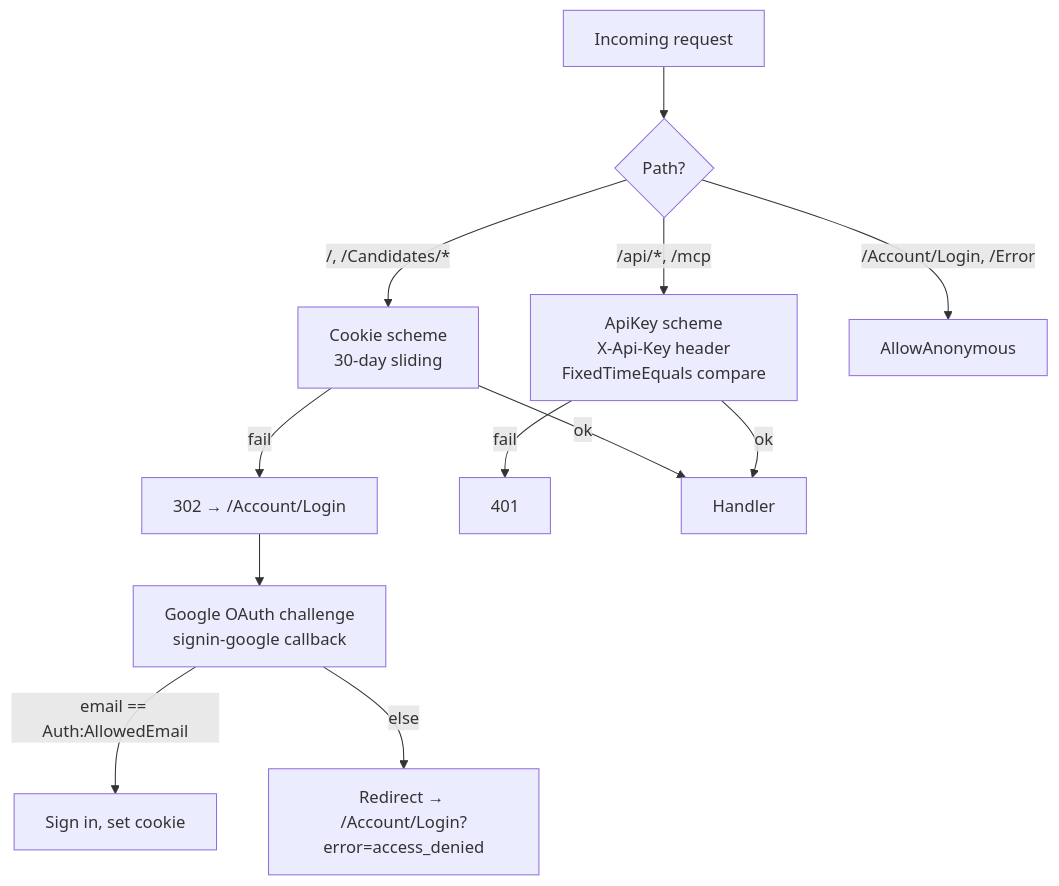
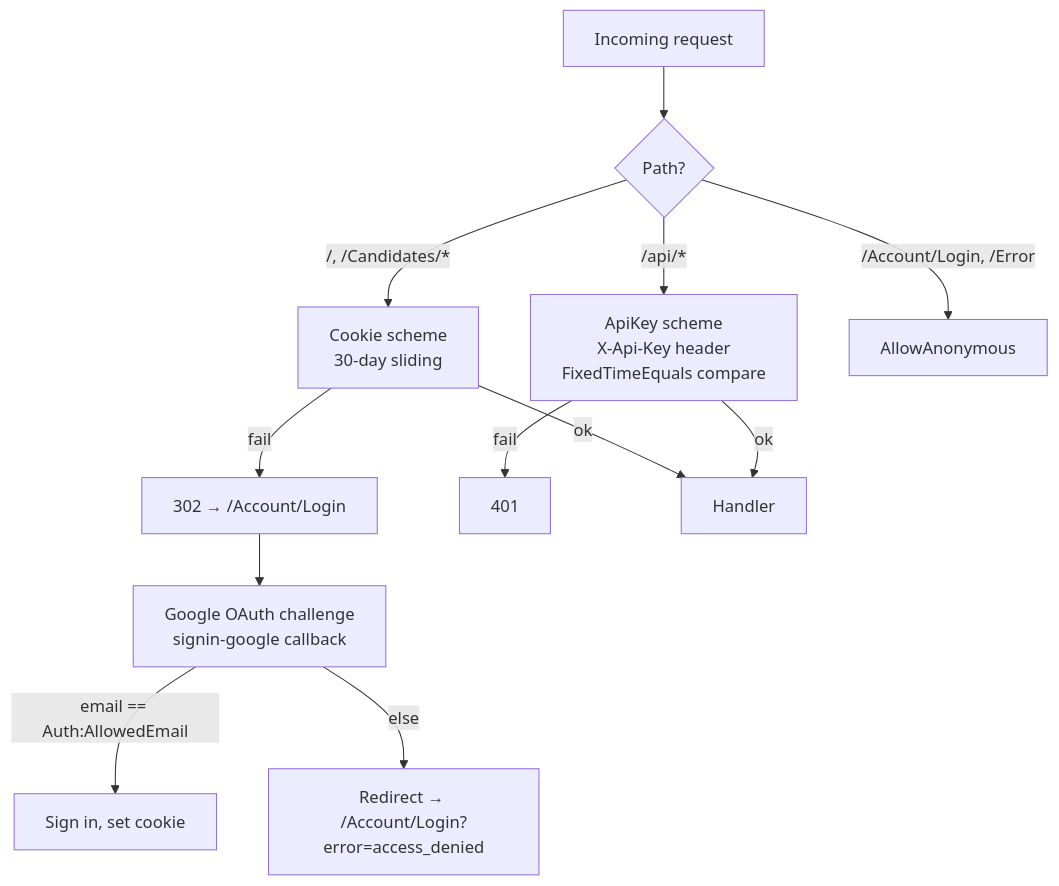
One commit to Darkamui/StonkWatch changed the third of 7 diagrams in docs/architecture.md. Above: the diagram before and after it, drawn with Mermaid. The commit also changed other lines of this file and 30 other files, not shown here.

````diff
--- a/docs/architecture.md
+++ b/docs/architecture.md
@@ -85,14 +80,14 @@
 ```mermaid
 flowchart TB
     Req["Incoming request"] --> Which{"Path?"}
     Which -->|"/, /Candidates/*"| Cookie["Cookie scheme<br/>30-day sliding"]
-    Which -->|"/api/*, /mcp"| ApiKey["ApiKey scheme<br/>X-Api-Key header<br/>FixedTimeEquals compare"]
+    Which -->|"/api/*"| ApiKey["ApiKey scheme<br/>X-Api-Key header<br/>FixedTimeEquals compare"]
     Which -->|"/Account/Login, /Error"| Anon["AllowAnonymous"]
     Cookie -->|"fail"| Redirect["302 → /Account/Login"]
     ApiKey -->|"fail"| Unauth["401"]
     Cookie -->|"ok"| Handler["Handler"]
     ApiKey -->|"ok"| Handler
     Redirect --> Google["Google OAuth challenge<br/>signin-google callback"]
     Google -->|"email == Auth:AllowedEmail"| SetCookie["Sign in, set cookie"]
     Google -->|"else"| Denied["Redirect → /Account/Login?error=access_denied"]
 ```
````
